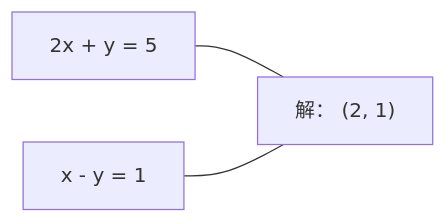
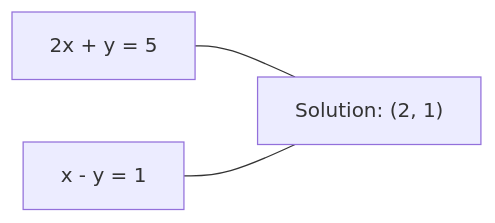
Before and after one commit to omigaZen/ai-engineering-from-scratch: the first of 2 diagrams in phases/01-math-foundations/17-linear-systems/docs/zh.md, drawn with Mermaid. The commit also changed other lines of this file and 9 other files, not shown here.

````diff
--- a/phases/01-math-foundations/17-linear-systems/docs/zh.md
+++ b/phases/01-math-foundations/17-linear-systems/docs/zh.md
@@ -36,5 +36,5 @@
 ```mermaid
 graph LR
-    A["2x + y = 5"] --- S["解： (2, 1)"]
+    A["2x + y = 5"] --- S["Solution: (2, 1)"]
     B["x - y = 1"] --- S
 ```
````
